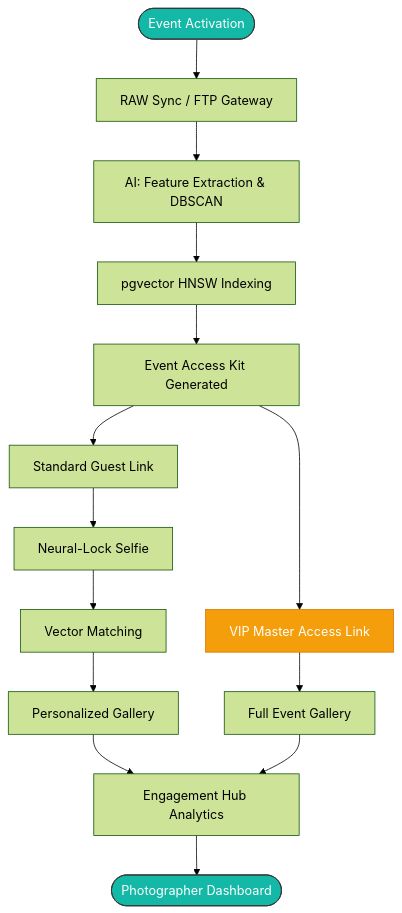
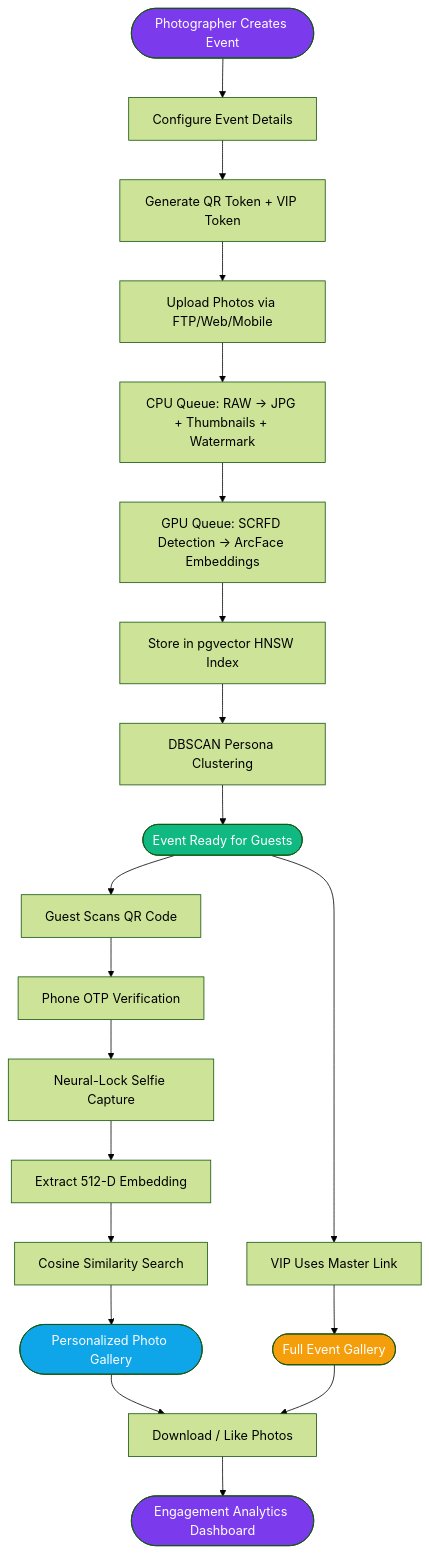
One commit to JoelJose212/SnapMoment changed the fifth of 9 diagrams in README.md. Above: the diagram before and after it, drawn with Mermaid (forest theme). The commit also changed other lines of this file, not shown here.

Commit message:
docs: finalize comprehensive technical documentation and system architecture

````diff
--- a/README.md
+++ b/README.md
@@ -179,26 +301,32 @@
 ```mermaid
 flowchart TD
-    Start([Event Activation]) --> Sync[RAW Sync / FTP Gateway]
-    Sync --> AI[AI: Feature Extraction & DBSCAN]
-    AI --> Index[pgvector HNSW Indexing]
-    
-    Index --> Kit[Event Access Kit Generated]
-    
-    Kit --> Standard[Standard Guest Link]
-    Kit --> VIP[VIP Master Access Link]
-    
-    Standard --> Selfie[Neural-Lock Selfie]
-    Selfie --> Match[Vector Matching]
-    Match --> PersGal[Personalized Gallery]
-    
-    VIP --> MasterGal[Full Event Gallery]
-    
-    PersGal --> Hub[Engagement Hub Analytics]
-    MasterGal --> Hub
-    
-    Hub --> Intel([Photographer Dashboard])
+    Start([Photographer Creates Event]) --> Config[Configure Event Details]
+    Config --> QR[Generate QR Token + VIP Token]
+    QR --> Upload[Upload Photos via FTP/Web/Mobile]
+    Upload --> CPU["CPU Queue: RAW -> JPG + Thumbnails + Watermark"]
+    CPU --> GPU["GPU Queue: SCRFD Detection -> ArcFace Embeddings"]
+    GPU --> Index[Store in pgvector HNSW Index]
+    Index --> Cluster[DBSCAN Persona Clustering]
+    Cluster --> Ready([Event Ready for Guests])
 
-    style Start fill:#14b8a6,stroke:#333,color:#fff
-    style Intel fill:#14b8a6,stroke:#333,color:#fff
-    style VIP fill:#f59e0b,stroke:#d97706,color:#fff
+    Ready --> GuestPath[Guest Scans QR Code]
+    Ready --> VIPPath[VIP Uses Master Link]
+
+    GuestPath --> OTP[Phone OTP Verification]
+    OTP --> Selfie[Neural-Lock Selfie Capture]
+    Selfie --> Embed[Extract 512-D Embedding]
+    Embed --> Match[Cosine Similarity Search]
+    Match --> Gallery([Personalized Photo Gallery])
+
+    VIPPath --> FullGallery([Full Event Gallery])
+
+    Gallery --> Download[Download / Like Photos]
+    FullGallery --> Download
+    Download --> Analytics([Engagement Analytics Dashboard])
+
+    style Start fill:#7c3aed,color:#fff
+    style Ready fill:#10b981,color:#fff
+    style Gallery fill:#0ea5e9,color:#fff
+    style FullGallery fill:#f59e0b,color:#fff
+    style Analytics fill:#7c3aed,color:#fff
 ```
````
